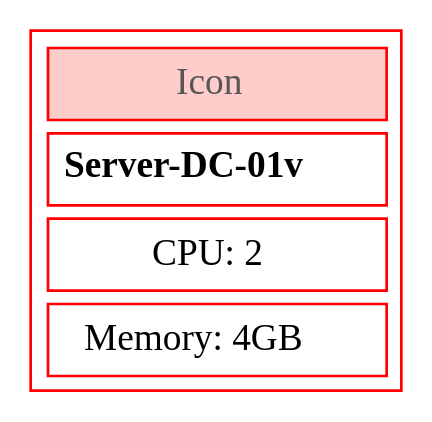
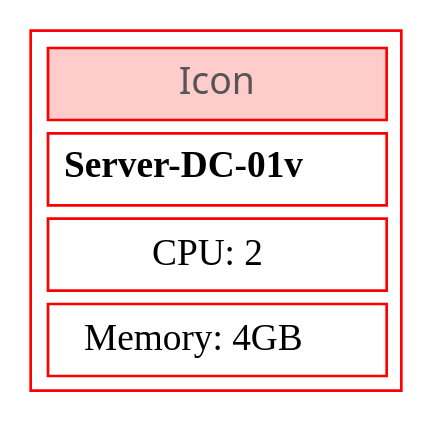
One commit to rebelinux/Diagrammer.Core changed the second of 2 diagrams in Docs/dev-guide/commands/Add-DiaNodeIcon.md. Above: the diagram before and after it, drawn with Graphviz. The commit also changed other lines of this file and 75 other files, not shown here.

First line of the commit message:
Refactor font properties in tests and Graphviz source files

````diff
--- a/Docs/dev-guide/commands/Add-DiaNodeIcon.md
+++ b/Docs/dev-guide/commands/Add-DiaNodeIcon.md
@@ -67,6 +67,6 @@
         ```graphviz dot AddDiaLeftTShapeLine_draftmode.png
             digraph g {
                 node [shape=plain];
-                a [label=<<TABLE color='red' border='1' cellborder='1' cellspacing='5' cellpadding='5'><TR><TD bgcolor='#FFCCCC' ALIGN='Center' colspan='1'><FONT FACE='Segoe Ui Black' Color='#565656' POINT-SIZE='14'>Icon</FONT></TD></TR><TR><TD align='Center'><B><FONT POINT-SIZE='14'>Server-DC-01v</FONT></B></TD></TR><TR><TD align='Center' colspan='1'><FONT POINT-SIZE='14'>CPU: 2</FONT></TD></TR> <TR><TD align='Center' colspan='1'><FONT POINT-SIZE='14'>Memory: 4GB</FONT></TD></TR></TABLE>>];
+                a [label=<<TABLE color='red' border='1' cellborder='1' cellspacing='5' cellpadding='5'><TR><TD bgcolor='#FFCCCC' ALIGN='Center' colspan='1'><FONT FACE='Segoe Ui' Color='#565656' POINT-SIZE='14'>Icon</FONT></TD></TR><TR><TD align='Center'><B><FONT POINT-SIZE='14'>Server-DC-01v</FONT></B></TD></TR><TR><TD align='Center' colspan='1'><FONT POINT-SIZE='14'>CPU: 2</FONT></TD></TR> <TR><TD align='Center' colspan='1'><FONT POINT-SIZE='14'>Memory: 4GB</FONT></TD></TR></TABLE>>];
             }
         ```
````
